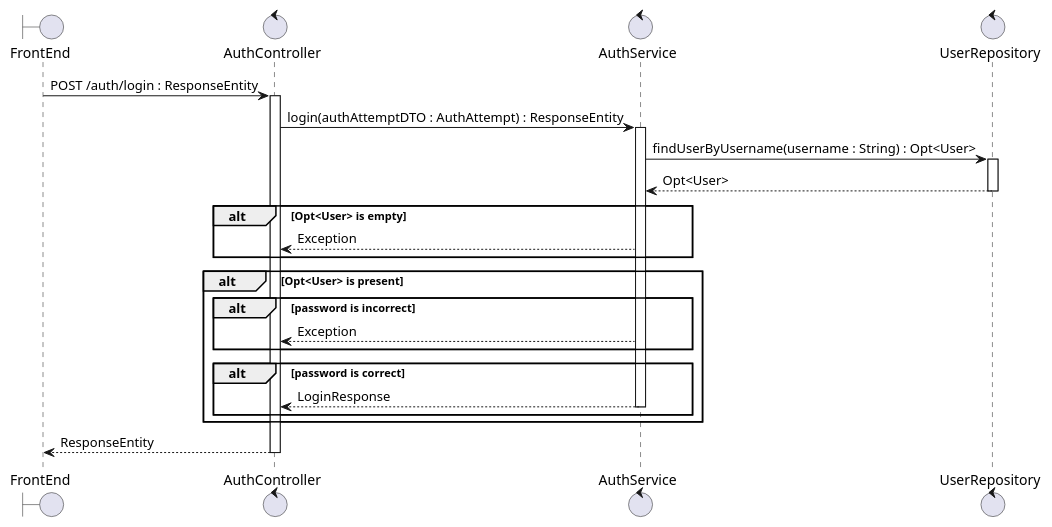
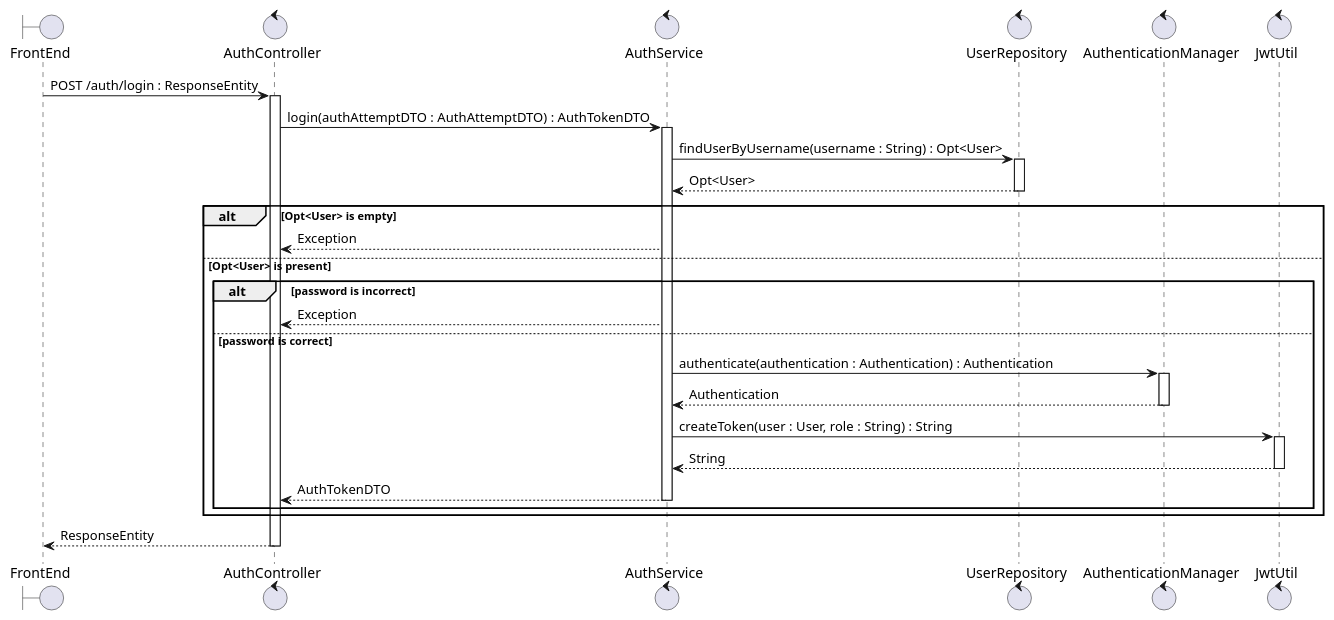
One commit to MoermansJ/eindwerk_backEnd changed the third of 3 diagrams in docs/sequenceDiagram.md. Above: the diagram before and after it, drawn with PlantUML. The commit also changed other lines of this file and 6 other files, not shown here.

````diff
--- a/docs/sequenceDiagram.md
+++ b/docs/sequenceDiagram.md
@@ -47,40 +96,51 @@
 ```plantuml
 @startuml
 Boundary FrontEnd as frontend
 Control AuthController as authcontroller
 Control AuthService as authservice
 Control UserRepository as userrepository
+Control AuthenticationManager as authenticationmanager
+Control JwtUtil as jwtutil
 
 frontend -> authcontroller : POST /auth/login : ResponseEntity
 activate authcontroller
 
-authcontroller -> authservice : login(authAttemptDTO : AuthAttempt) : ResponseEntity
+authcontroller -> authservice : login(authAttemptDTO : AuthAttemptDTO) : AuthTokenDTO
 activate authservice
-
 
 authservice -> userrepository : findUserByUsername(username : String) : Opt<User>
 activate userrepository
 
 userrepository --> authservice : Opt<User>
 deactivate userrepository
 
 alt Opt<User> is empty
-authservice --> authcontroller : Exception
-end
+	authservice --> authcontroller : Exception
 
-alt Opt<User> is present
+else Opt<User> is present
 	alt	password is incorrect
-	authservice --> authcontroller : Exception
-	end
+		authservice --> authcontroller : Exception
 
-	alt password is correct
-	authservice --> authcontroller : LoginResponse
-	deactivate authservice
+	else password is correct
+		authservice -> authenticationmanager : authenticate(authentication : Authentication) : Authentication
+		activate authenticationmanager
+
+		authenticationmanager --> authservice : Authentication
+		deactivate authenticationmanager
+
+		authservice -> jwtutil : createToken(user : User, role : String) : String
+		activate jwtutil
+
+		jwtutil --> authservice : String
+		deactivate jwtutil
+
+		authservice --> authcontroller : AuthTokenDTO
+		deactivate authservice
 	end
 end
 
 authcontroller --> frontend : ResponseEntity
 deactivate authcontroller
 
 @enduml
 ```
````
